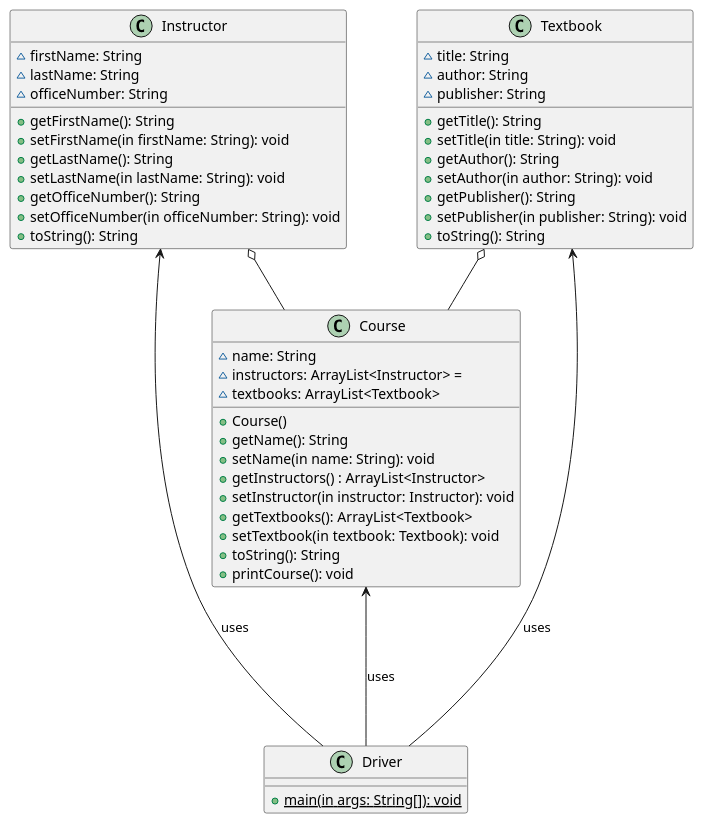
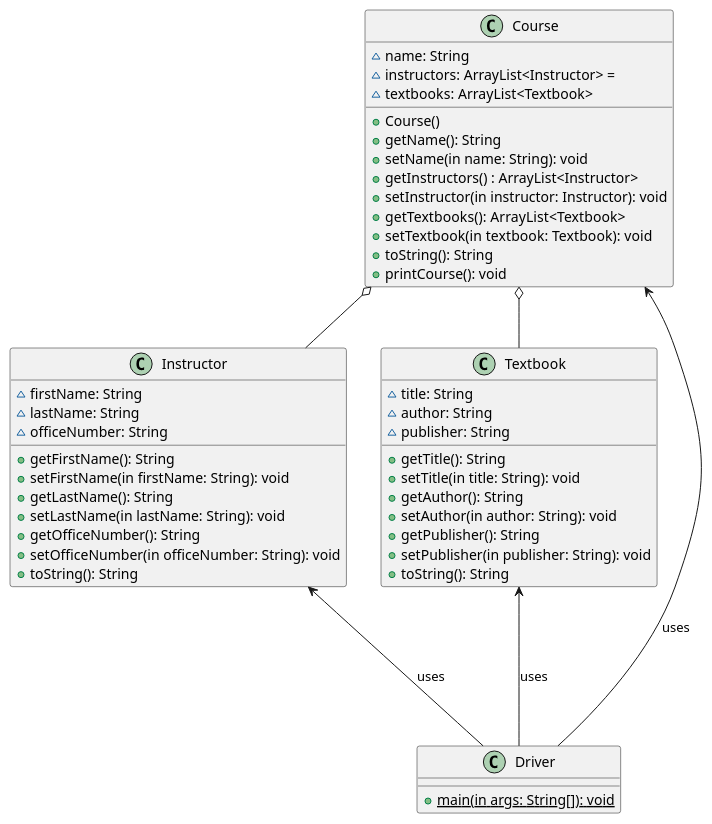
The diagram in ClassDiagrams/Aggregation.puml (Simon-D-Nguyen/CS-4800HW3), drawn with PlantUML before and after one commit.

Commit message:
Fixed Aggregation.puml for Class Diagrams arrow direction

```diff
--- a/ClassDiagrams/Aggregation.puml
+++ b/ClassDiagrams/Aggregation.puml
@@ -1,62 +1,62 @@
 @startuml
 'https://plantuml.com/class-diagram
 
 class Instructor {
 ~ firstName: String
 ~ lastName: String
 ~ officeNumber: String
 
 + getFirstName(): String
 + setFirstName(in firstName: String): void
 + getLastName(): String
 + setLastName(in lastName: String): void
 + getOfficeNumber(): String
 + setOfficeNumber(in officeNumber: String): void
 + toString(): String
 }
 
 
 class Textbook {
 ~ title: String
 ~ author: String
 ~ publisher: String
 
 + getTitle(): String
 + setTitle(in title: String): void
 + getAuthor(): String
 + setAuthor(in author: String): void
 + getPublisher(): String
 + setPublisher(in publisher: String): void
 + toString(): String
 }
 
 
 class Course {
 ~ name: String
 ~ instructors: ArrayList<Instructor> =
 ~ textbooks: ArrayList<Textbook>
 
 + Course()
 + getName(): String
 + setName(in name: String): void
 + getInstructors() : ArrayList<Instructor>
 + setInstructor(in instructor: Instructor): void
 + getTextbooks(): ArrayList<Textbook>
 + setTextbook(in textbook: Textbook): void
 + toString(): String
 + printCourse(): void
 }
 
-Instructor o-- Course
-Textbook o-- Course
+Course o-- Instructor
+Course o-- Textbook
 
 class Driver {
 + {static} main(in args: String[]): void
 }
 
 Instructor <--- Driver: uses
 Textbook <--- Driver: uses
 Course <--- Driver: uses
 
 
 @enduml
```
